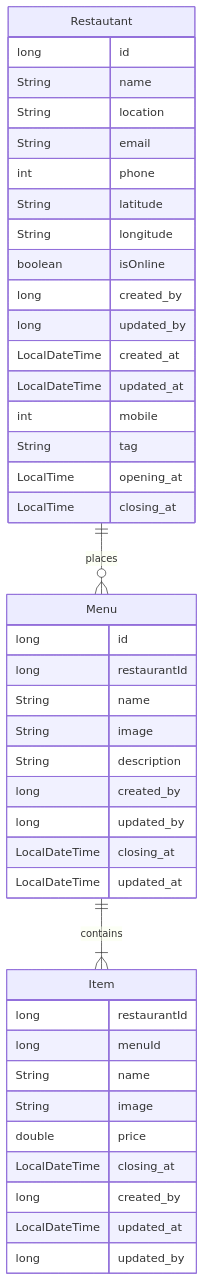
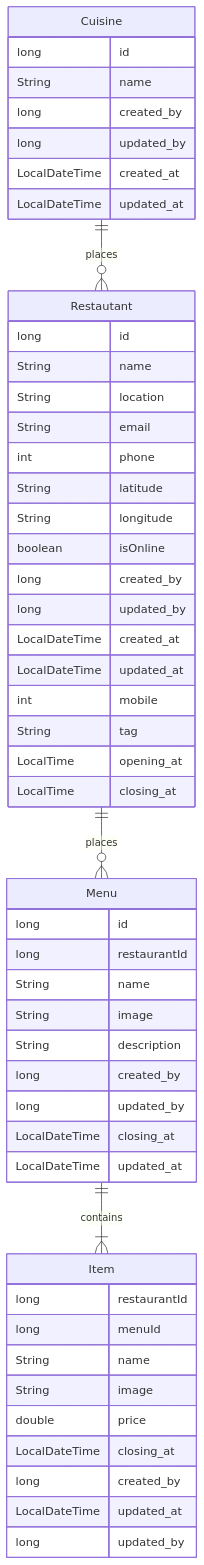
The diagram in doc/entity relationship diagram (ERD)/entity relationship diagram (ERD).md (abdoalshaibi/G4TBRestaurantService), drawn with Mermaid before and after one commit.

Commit message:
Update entity relationship diagram (ERD).md

````diff
--- a/doc/entity relationship diagram (ERD)/entity relationship diagram (ERD).md
+++ b/doc/entity relationship diagram (ERD)/entity relationship diagram (ERD).md
@@ -1,46 +1,55 @@
 ```mermaid
 erDiagram
+ Cuisine ||--o{ Restautant : places 
+    Cuisine {
+        long id
+        String name
+        long created_by
+        long updated_by
+        LocalDateTime created_at 
+        LocalDateTime updated_at
+    }
+    
     Restautant ||--o{ Menu : places 
-
     Restautant {
         long id
         String name
         String location
         String email
         int phone
         String latitude
         String longitude
         boolean isOnline
         long created_by
         long updated_by
         LocalDateTime created_at 
         LocalDateTime updated_at
         int mobile
         String tag
         LocalTime opening_at
         LocalTime closing_at
     }
     Menu ||--|{ Item : contains
     Menu {
      long id
      long restaurantId
      String name
      String image
      String description
      long created_by
      long updated_by
      LocalDateTime closing_at 
      LocalDateTime updated_at
     }
     Item {
      long restaurantId
      long menuId
      String name
      String image
      double price
      LocalDateTime closing_at
      long created_by
      LocalDateTime updated_at
      long updated_by
     }
 ```
````
